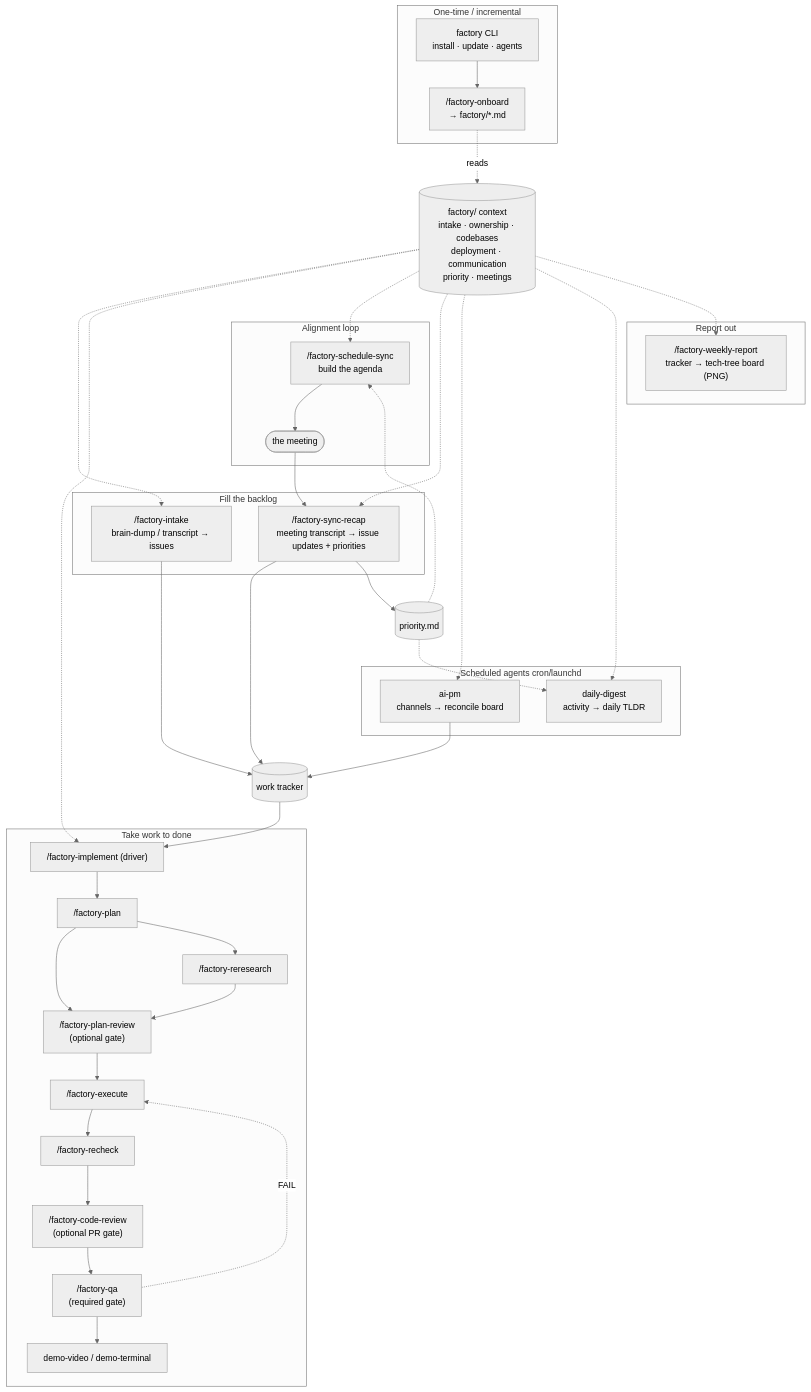
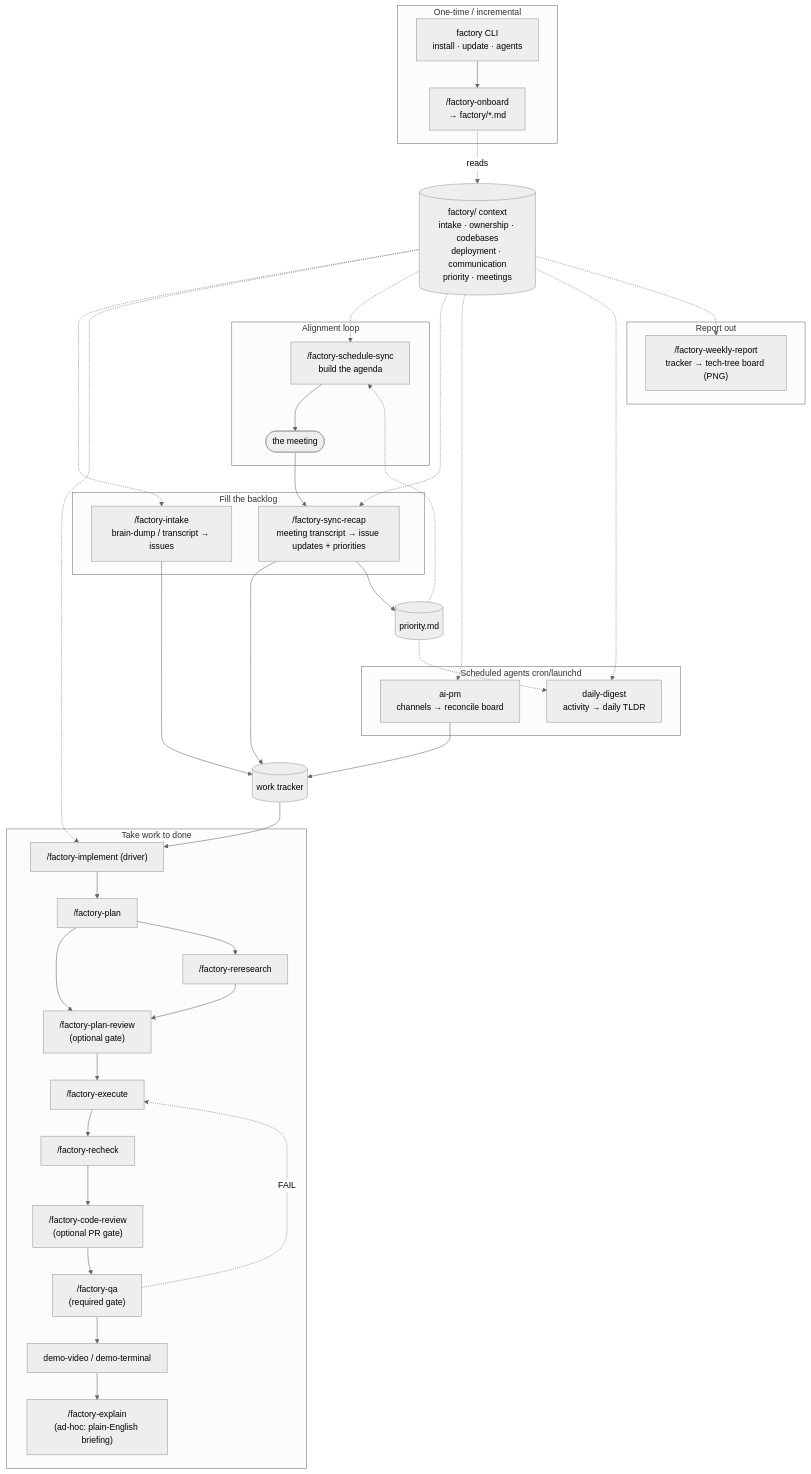
One commit to MasonGeloso/claude-factory changed the diagram in README.md. Above: the diagram before and after it, drawn with Mermaid (neutral theme). The commit also changed other lines of this file and 6 other files, not shown here.

````diff
--- a/README.md
+++ b/README.md
@@ -14,41 +14,42 @@
 ```mermaid
 flowchart TB
     subgraph setup [One-time / incremental]
       CLI["factory CLI\ninstall · update · agents"] --> ONB["/factory-onboard\n→ factory/*.md"]
     end
 
     ONB -.reads.-> CTX[("factory/ context\nintake · ownership · codebases\ndeployment · communication\npriority · meetings")]
 
     subgraph backlog [Fill the backlog]
       INTAKE["/factory-intake\nbrain-dump / transcript → issues"]
       RECAP["/factory-sync-recap\nmeeting transcript → issue updates + priorities"]
     end
 
     subgraph deliver [Take work to done]
       IMPL["/factory-implement (driver)"]
       IMPL --> PLAN["/factory-plan"] --> PR1["/factory-plan-review\n(optional gate)"] --> EXE["/factory-execute"] --> RC["/factory-recheck"] --> REVIEW["/factory-code-review\n(optional PR gate)"] --> QA["/factory-qa\n(required gate)"] --> DEMO["demo-video / demo-terminal"]
+      DEMO --> XPL["/factory-explain\n(ad-hoc: plain-English briefing)"]
       PLAN --> RR["/factory-reresearch"] --> PR1
       QA -.->|FAIL| EXE
     end
 
     subgraph sync [Alignment loop]
       SCHED["/factory-schedule-sync\nbuild the agenda"] --> MEET([the meeting]) --> RECAP
     end
 
     subgraph report [Report out]
       WEEKLY["/factory-weekly-report\ntracker → tech-tree board (PNG)"]
     end
 
     subgraph agents [Scheduled agents cron/launchd]
       AIPM["ai-pm\nchannels → reconcile board"]
       DIGEST["daily-digest\nactivity → daily TLDR"]
     end
 
     CTX -.-> INTAKE & IMPL & SCHED & RECAP & AIPM & DIGEST & WEEKLY
     INTAKE --> TRACKER[(work tracker)]
     RECAP --> TRACKER
     AIPM --> TRACKER
     TRACKER --> IMPL
     RECAP --> PRI[("priority.md")]
     PRI -.-> DIGEST & SCHED
 ```
````
